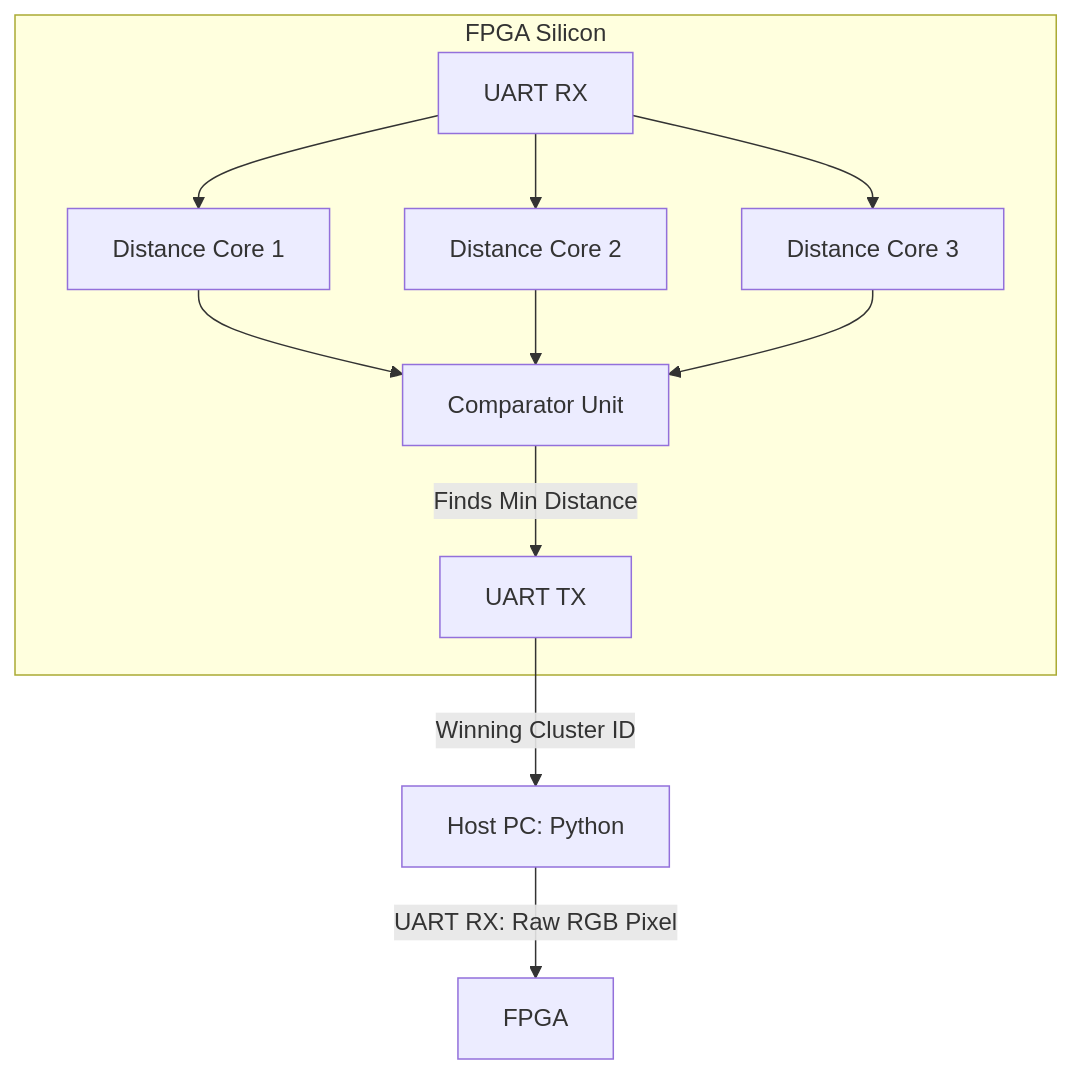
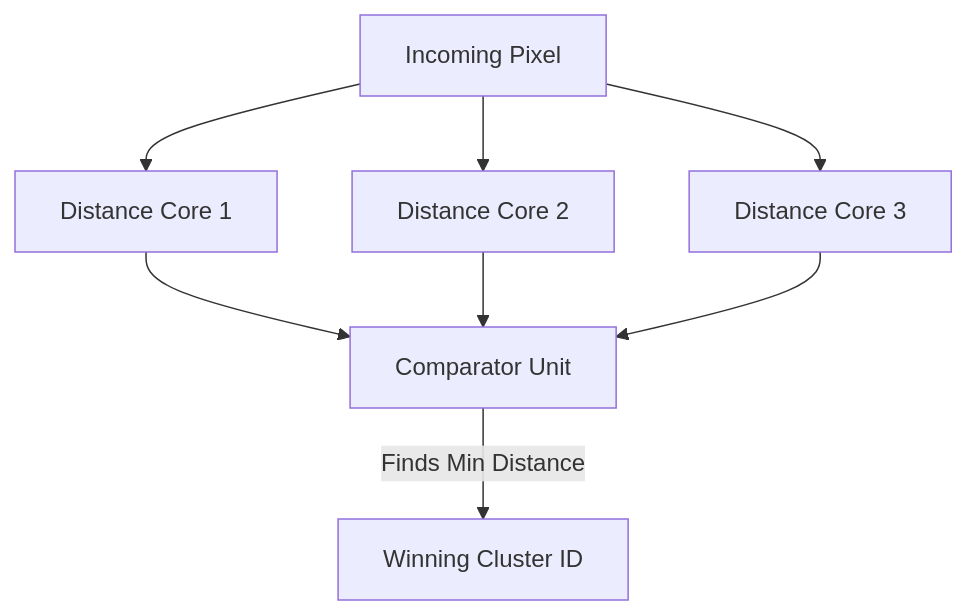
Before and after one commit to Naman-8bit/FPGA_based_K-means_accelerator: the diagram in README.md, drawn with Mermaid. The commit also changed other lines of this file, not shown here.

````diff
--- a/README.md
+++ b/README.md
@@ -32,18 +40,12 @@
 ```mermaid
 graph TD
-    PC[Host PC: Python] -->|UART RX: Raw RGB Pixel| FPGA
-    
-    subgraph FPGA Silicon
-        RX[UART RX] --> D1[Distance Core 1]
-        RX --> D2[Distance Core 2]
-        RX --> D3[Distance Core 3]
-        
-        D1 --> CMP[Comparator Unit]
-        D2 --> CMP
-        D3 --> CMP
-        
-        CMP -->|Finds Min Distance| TX[UART TX]
-    end
-    
-    TX -->|Winning Cluster ID| PC
+    RX[Incoming Pixel] --> D1[Distance Core 1]
+    RX --> D2[Distance Core 2]
+    RX --> D3[Distance Core 3]
+
+    D1 --> CMP[Comparator Unit]
+    D2 --> CMP
+    D3 --> CMP
+
+    CMP -->|Finds Min Distance| OUT[Winning Cluster ID]
 ```
````
